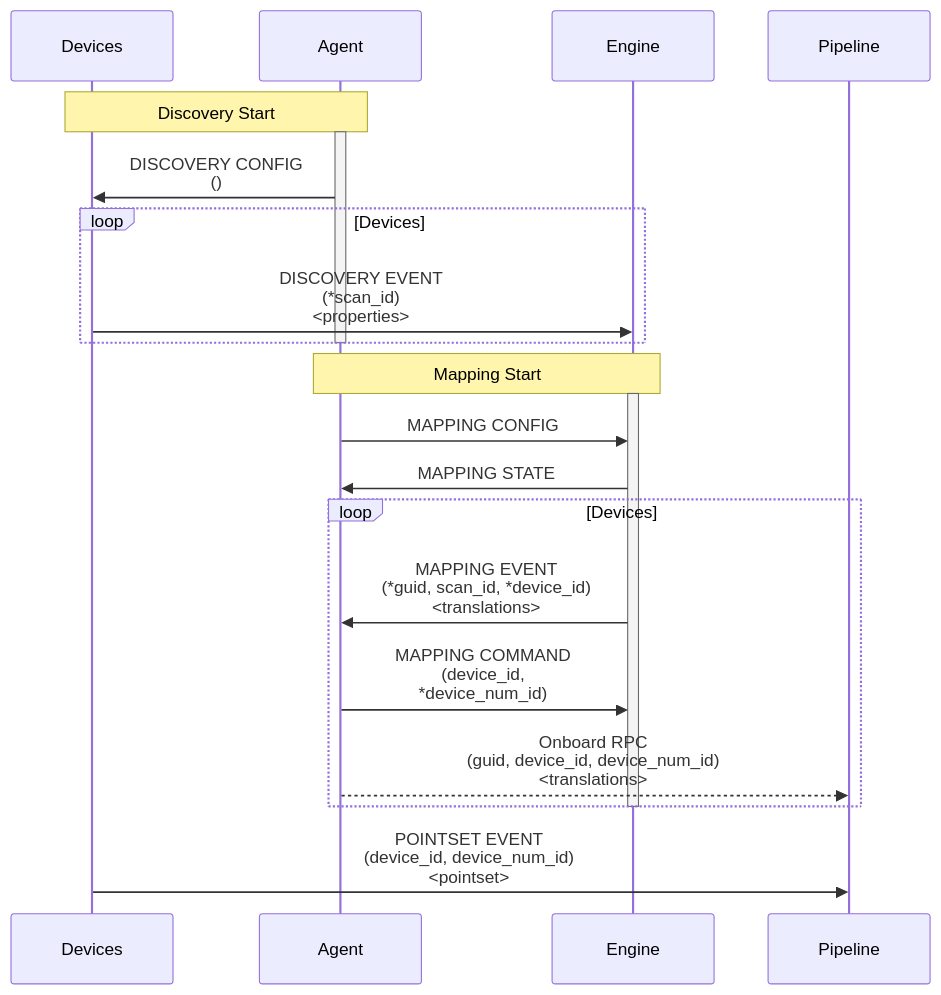
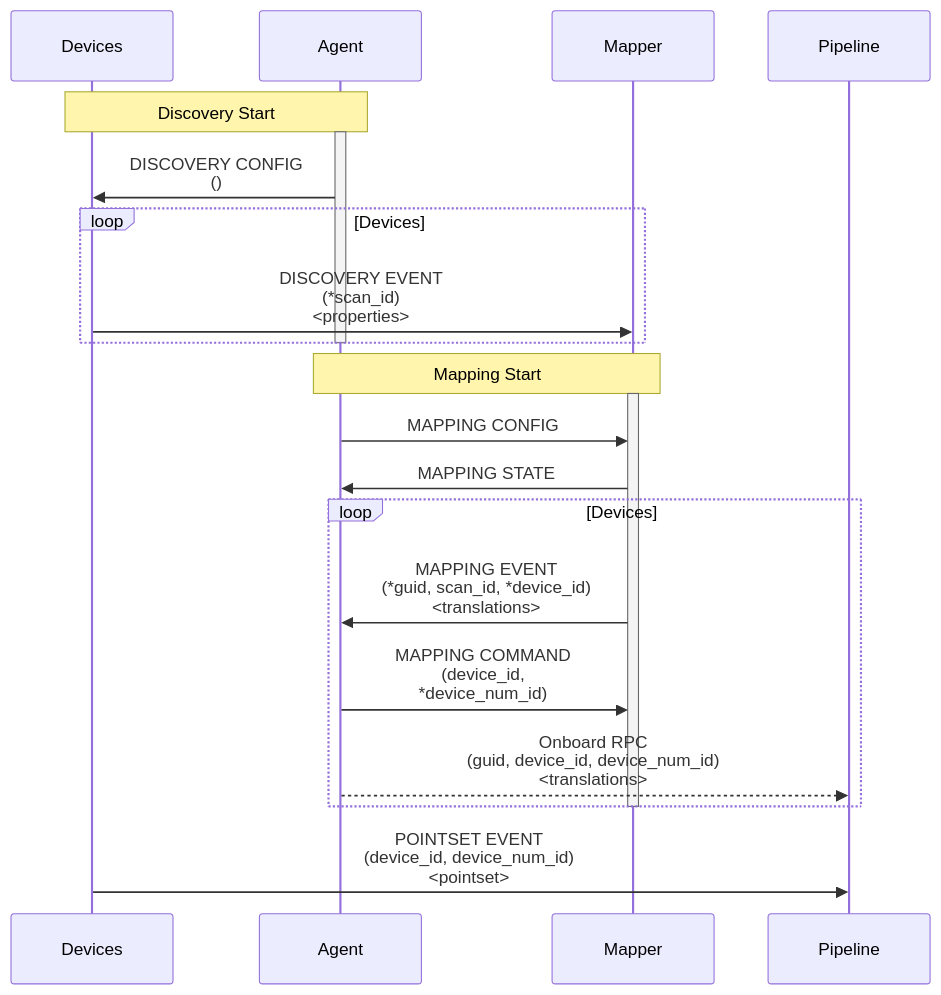
Before and after one commit to faucetsdn/udmi: the diagram in docs/specs/mapping.md, drawn with Mermaid. The commit also changed other lines of this file, not shown here.

Commit message:
Update terminology

````diff
--- a/docs/specs/mapping.md
+++ b/docs/specs/mapping.md
@@ -24,26 +24,26 @@
 ```mermaid
 sequenceDiagram
   %%{wrap}%%
   participant Devices
   participant Agent
-  participant Engine
+  participant Mapper
   participant Pipeline
   Note over Devices, Agent: Discovery Start
   activate Agent
   Agent->>Devices: DISCOVERY CONFIG<br/>()
   loop Devices
-    Devices->>Engine: DISCOVERY EVENT<br/>(*scan_id)<br/><properties>
+    Devices->>Mapper: DISCOVERY EVENT<br/>(*scan_id)<br/><properties>
   end
   deactivate Agent
-  Note over Agent, Engine: Mapping Start
-  activate Engine
-  Agent->>Engine: MAPPING CONFIG
-  Engine->>Agent: MAPPING STATE
+  Note over Agent, Mapper: Mapping Start
+  activate Mapper
+  Agent->>Mapper: MAPPING CONFIG
+  Mapper->>Agent: MAPPING STATE
   loop Devices
-    Engine->>Agent: MAPPING EVENT<br/>(*guid, scan_id, *device_id)<br/><translations>
-    Agent->>Engine: MAPPING COMMAND<br/>(device_id, *device_num_id)
+    Mapper->>Agent: MAPPING EVENT<br/>(*guid, scan_id, *device_id)<br/><translations>
+    Agent->>Mapper: MAPPING COMMAND<br/>(device_id, *device_num_id)
     Agent-->>Pipeline: Onboard RPC<br/>(guid, device_id, device_num_id)<br/><translations>
   end
-  deactivate Engine
+  deactivate Mapper
   Devices->>Pipeline: POINTSET EVENT<br/>(device_id, device_num_id)<br/><pointset>
 ```
````
